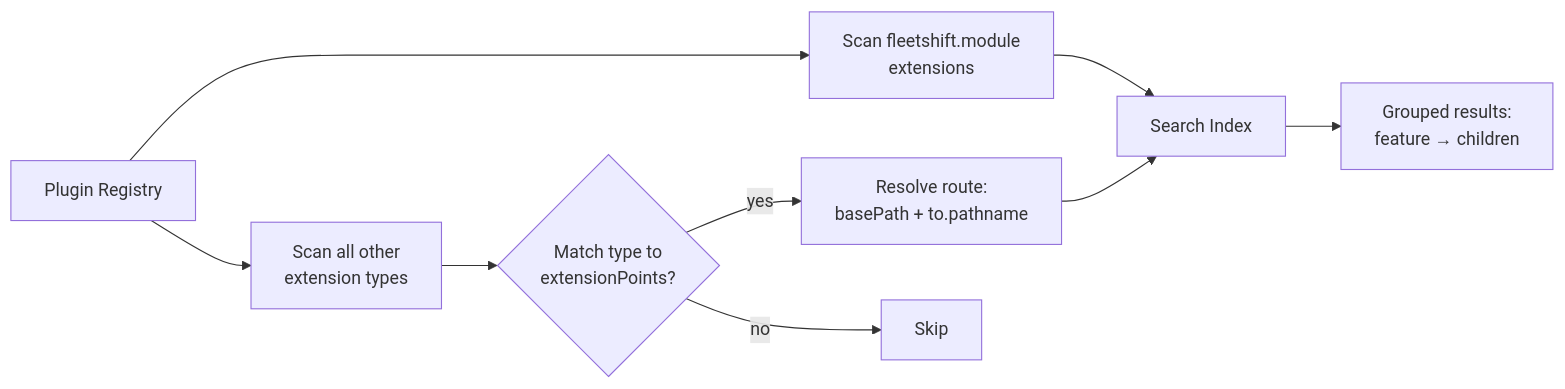
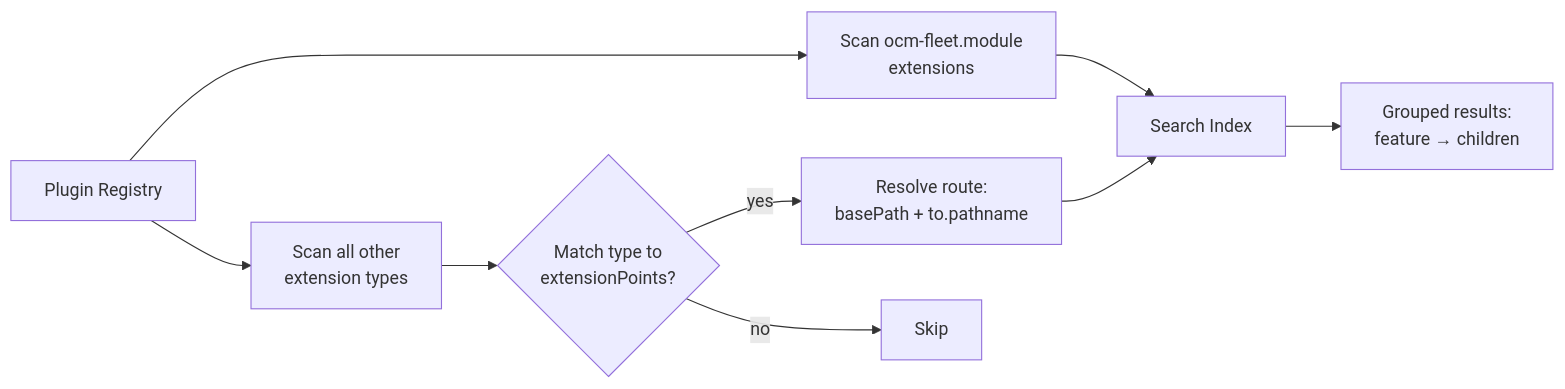
Before and after one commit to fleetshift/fleetshift-poc: the second of 3 diagrams in docs/ui/feature-contracts.md, drawn with Mermaid. The commit also changed other lines of this file and 1079 other files, not shown here.

First line of the commit message:
FM-100: Rename retained repository for experimental OCM Fleet (#191)

````diff
--- a/docs/ui/feature-contracts.md
+++ b/docs/ui/feature-contracts.md
@@ -163,12 +163,12 @@
 ```mermaid
 flowchart LR
-    R["Plugin Registry"] --> M["Scan fleetshift.module<br/>extensions"]
+    R["Plugin Registry"] --> M["Scan ocm-fleet.module<br/>extensions"]
     M --> IDX["Search Index"]
     R --> X["Scan all other<br/>extension types"]
     X --> MATCH{"Match type to<br/>extensionPoints?"}
     MATCH -->|yes| RESOLVE["Resolve route:<br/>basePath + to.pathname"]
     RESOLVE --> IDX
     MATCH -->|no| SKIP["Skip"]
 
     IDX --> TREE["Grouped results:<br/>feature → children"]
 ```
````
